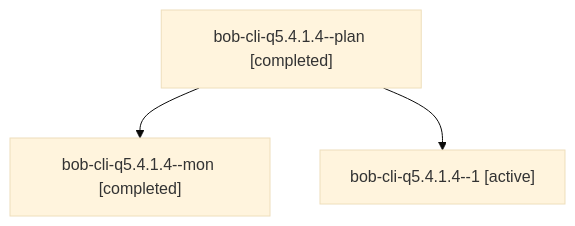
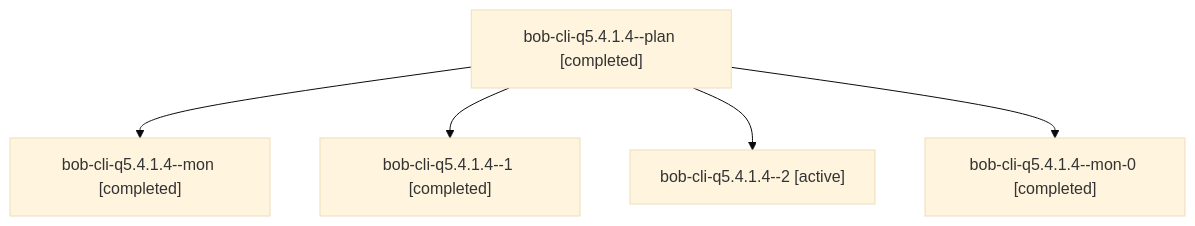
The diagram in sessions/bbugyi200.athena.bob-cli-q5.4.1.4.md (bobs-org/bob-cli--agents), drawn with Mermaid (base theme) before and after one commit. The commit also changed other lines of this file and 119 other files, not shown here.

````diff
--- a/sessions/bbugyi200.athena.bob-cli-q5.4.1.4.md
+++ b/sessions/bbugyi200.athena.bob-cli-q5.4.1.4.md
@@ -9,8 +9,12 @@
 ```mermaid
 flowchart TD
   n0["bob-cli-q5.4.1.4--plan [completed]"]
   n1["bob-cli-q5.4.1.4--mon [completed]"]
   n0 --> n1
-  n2["bob-cli-q5.4.1.4--1 [active]"]
+  n2["bob-cli-q5.4.1.4--1 [completed]"]
   n0 --> n2
+  n3["bob-cli-q5.4.1.4--2 [active]"]
+  n0 --> n3
+  n4["bob-cli-q5.4.1.4--mon-0 [completed]"]
+  n0 --> n4
 ```
````
